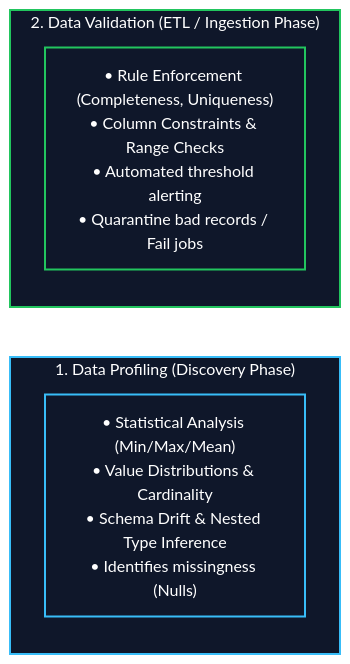
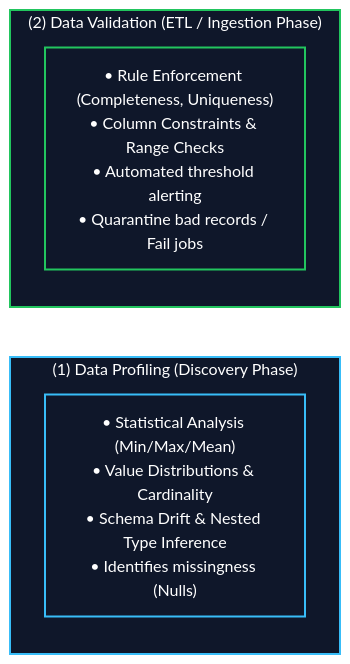
The first of 2 diagrams in content/en/03-concepts/data-validation-and-profiling.md (Wathon/aws-dea-c01-note), drawn with Mermaid before and after one commit. The commit also changed 49 other files, not shown here.

Commit message:
Fix 'Unsupported markdown: list' Mermaid rendering issues across all English and Burmese notes

````diff
--- a/content/en/03-concepts/data-validation-and-profiling.md
+++ b/content/en/03-concepts/data-validation-and-profiling.md
@@ -27,16 +27,16 @@
 ```mermaid
 graph LR
-    subgraph Profiling["1. Data Profiling (Discovery Phase)"]
+    subgraph Profiling["(1) Data Profiling (Discovery Phase)"]
         ProfDesc["• Statistical Analysis (Min/Max/Mean)<br/>• Value Distributions & Cardinality<br/>• Schema Drift & Nested Type Inference<br/>• Identifies missingness (Nulls)"]
     end
 
-    subgraph Validation["2. Data Validation (ETL / Ingestion Phase)"]
+    subgraph Validation["(2) Data Validation (ETL / Ingestion Phase)"]
         ValDesc["• Rule Enforcement (Completeness, Uniqueness)<br/>• Column Constraints & Range Checks<br/>• Automated threshold alerting<br/>• Quarantine bad records / Fail jobs"]
     end
 
     classDef p fill:#0f172a,stroke:#38bdf8,stroke-width:2px,color:#fff;
     classDef v fill:#0f172a,stroke:#22c55e,stroke-width:2px,color:#fff;
 
     class Profiling,ProfDesc p;
     class Validation,ValDesc v;
 ```
````
